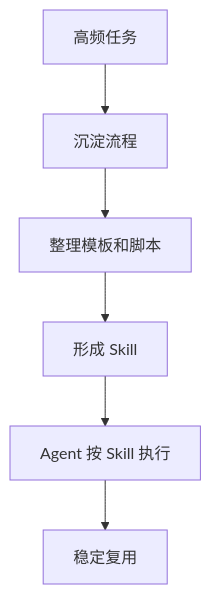
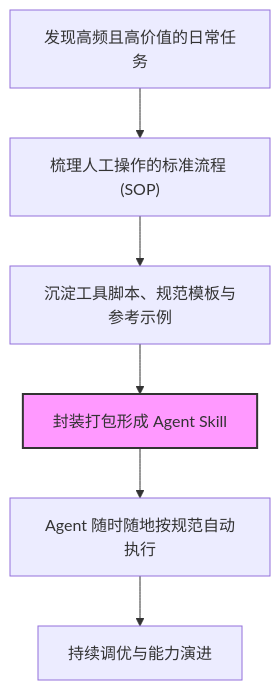
One commit to gouxinjie/gouxinjie.github.io changed the first of 2 diagrams in docs/column/AIFuture/工具提效/Agent Skills.md. Above: the diagram before and after it, drawn with Mermaid. The commit also changed other lines of this file and 2 other files, not shown here.

````diff
--- a/docs/column/AIFuture/工具提效/Agent Skills.md
+++ b/docs/column/AIFuture/工具提效/Agent Skills.md
@@ -24,8 +20,10 @@
 ```mermaid
 flowchart TD
-  A["高频任务"] --> B["沉淀流程"]
-  B --> C["整理模板和脚本"]
-  C --> D["形成 Skill"]
-  D --> E["Agent 按 Skill 执行"]
-  E --> F["稳定复用"]
+  A["发现高频且高价值的日常任务"] --> B["梳理人工操作的标准流程 (SOP)"]
+  B --> C["沉淀工具脚本、规范模板与参考示例"]
+  C --> D["封装打包形成 Agent Skill"]
+  D --> E["Agent 随时随地按规范自动执行"]
+  E --> F["持续调优与能力演进"]
+
+  style D fill:#f9f,stroke:#333,stroke-width:2px
 ```
````
